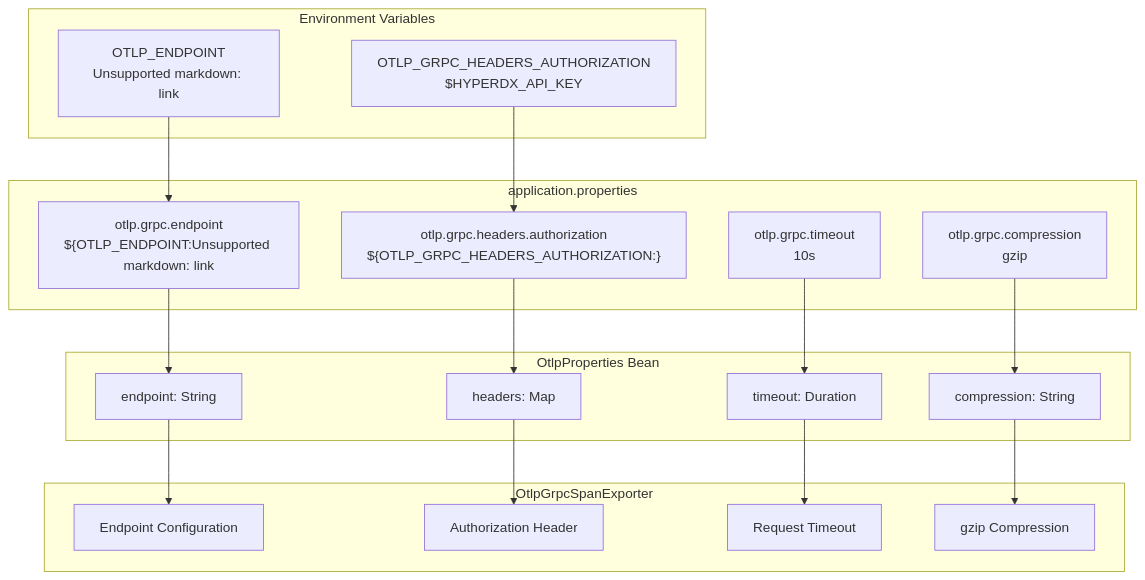
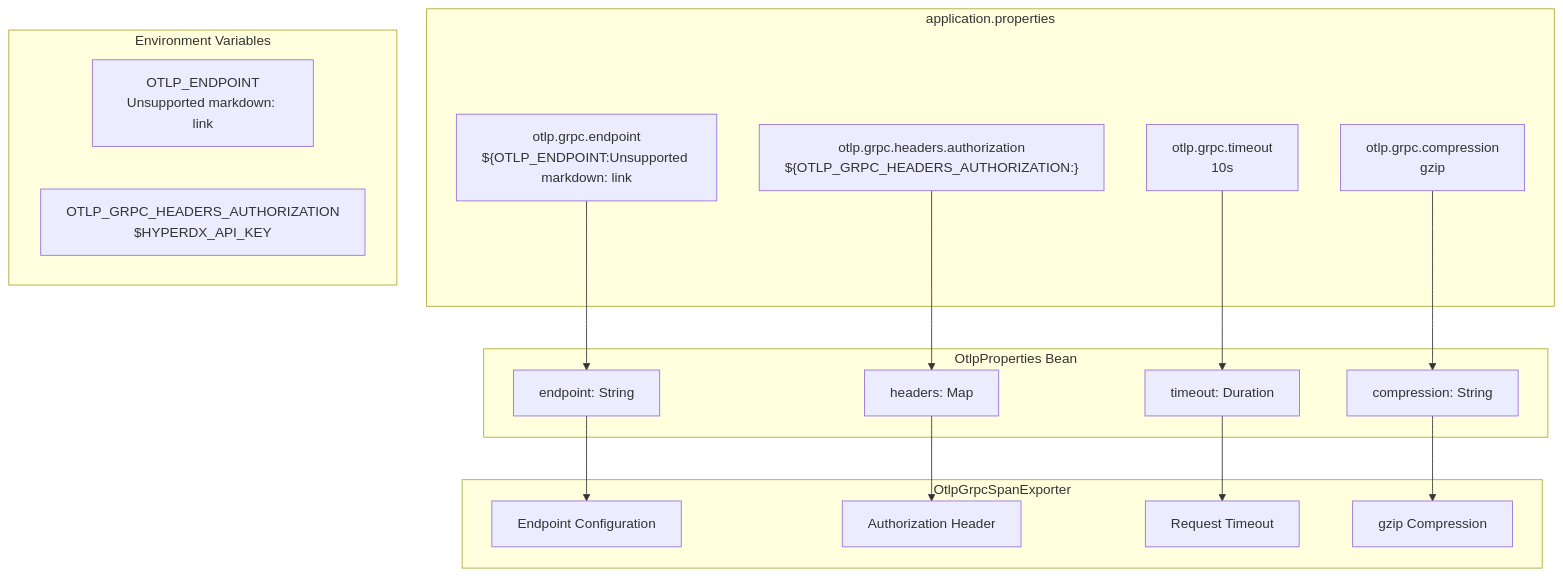
One commit to philipz/spring-modular-monolith changed the fourth of 4 diagrams in docs/deepwiki/OpenTelemetry-Configuration.md. Above: the diagram before and after it, drawn with Mermaid. The commit also changed 32 other files, not shown here.

````diff
--- a/docs/deepwiki/OpenTelemetry-Configuration.md
+++ b/docs/deepwiki/OpenTelemetry-Configuration.md
@@ -295,55 +295,53 @@
 ```mermaid
 flowchart TD
 
 OTLP_ENDPOINT["OTLP_ENDPOINT<br>Unsupported markdown: link"]
 HYPERDX_API_KEY["OTLP_GRPC_HEADERS_AUTHORIZATION<br>$HYPERDX_API_KEY"]
 OtlpEndpointProp["otlp.grpc.endpoint<br>${OTLP_ENDPOINT:Unsupported markdown: link"]
 OtlpAuthProp["otlp.grpc.headers.authorization<br>${OTLP_GRPC_HEADERS_AUTHORIZATION:}"]
 OtlpTimeoutProp["otlp.grpc.timeout<br>10s"]
 OtlpCompressionProp["otlp.grpc.compression<br>gzip"]
 EndpointField["endpoint: String"]
 HeadersField["headers: Map"]
 TimeoutField["timeout: Duration"]
 CompressionField["compression: String"]
 ExporterEndpoint["Endpoint Configuration"]
 ExporterHeaders["Authorization Header"]
 ExporterTimeout["Request Timeout"]
 ExporterCompression["gzip Compression"]
 
-OTLP_ENDPOINT --> OtlpEndpointProp
-HYPERDX_API_KEY --> OtlpAuthProp
 OtlpEndpointProp --> EndpointField
 OtlpAuthProp --> HeadersField
 OtlpTimeoutProp --> TimeoutField
 OtlpCompressionProp --> CompressionField
 EndpointField --> ExporterEndpoint
 HeadersField --> ExporterHeaders
 TimeoutField --> ExporterTimeout
 CompressionField --> ExporterCompression
 
 subgraph OtlpGrpcSpanExporter ["OtlpGrpcSpanExporter"]
     ExporterEndpoint
     ExporterHeaders
     ExporterTimeout
     ExporterCompression
 end
 
 subgraph subGraph2 ["OtlpProperties Bean"]
     EndpointField
     HeadersField
     TimeoutField
     CompressionField
 end
 
 subgraph application.properties ["application.properties"]
     OtlpEndpointProp
     OtlpAuthProp
     OtlpTimeoutProp
     OtlpCompressionProp
 end
 
 subgraph subGraph0 ["Environment Variables"]
     OTLP_ENDPOINT
     HYPERDX_API_KEY
 end
 ```
````
